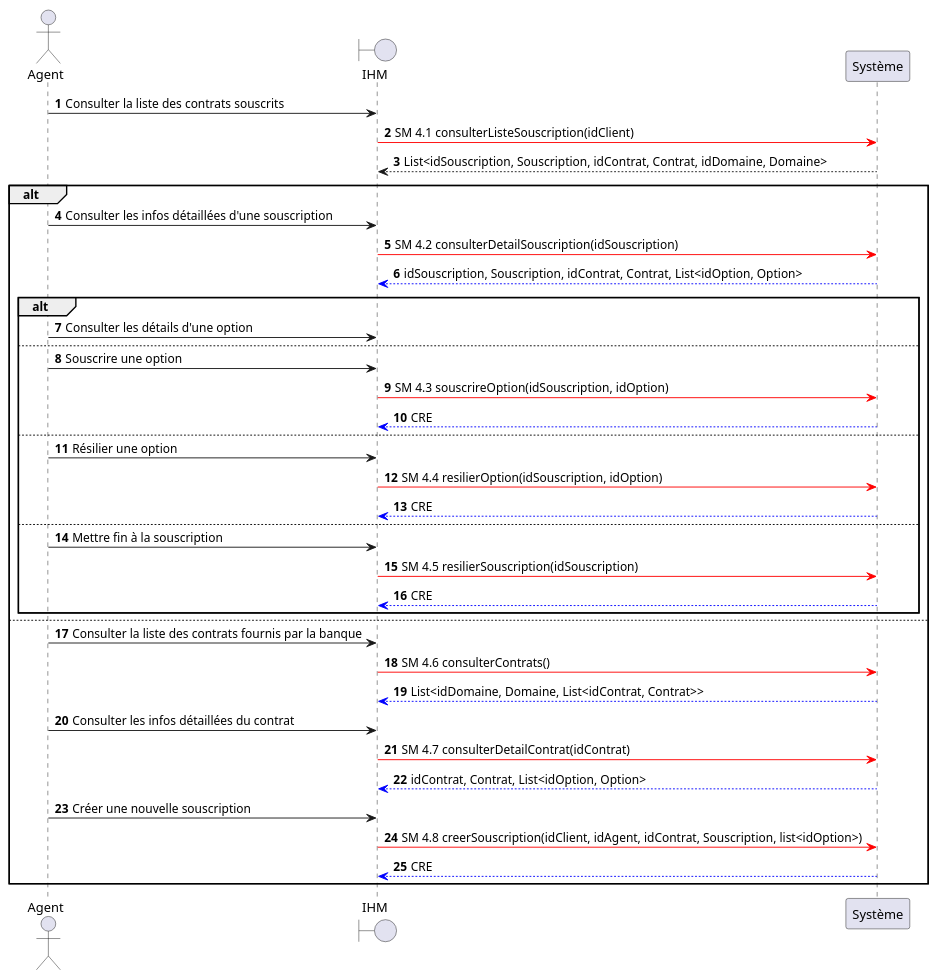
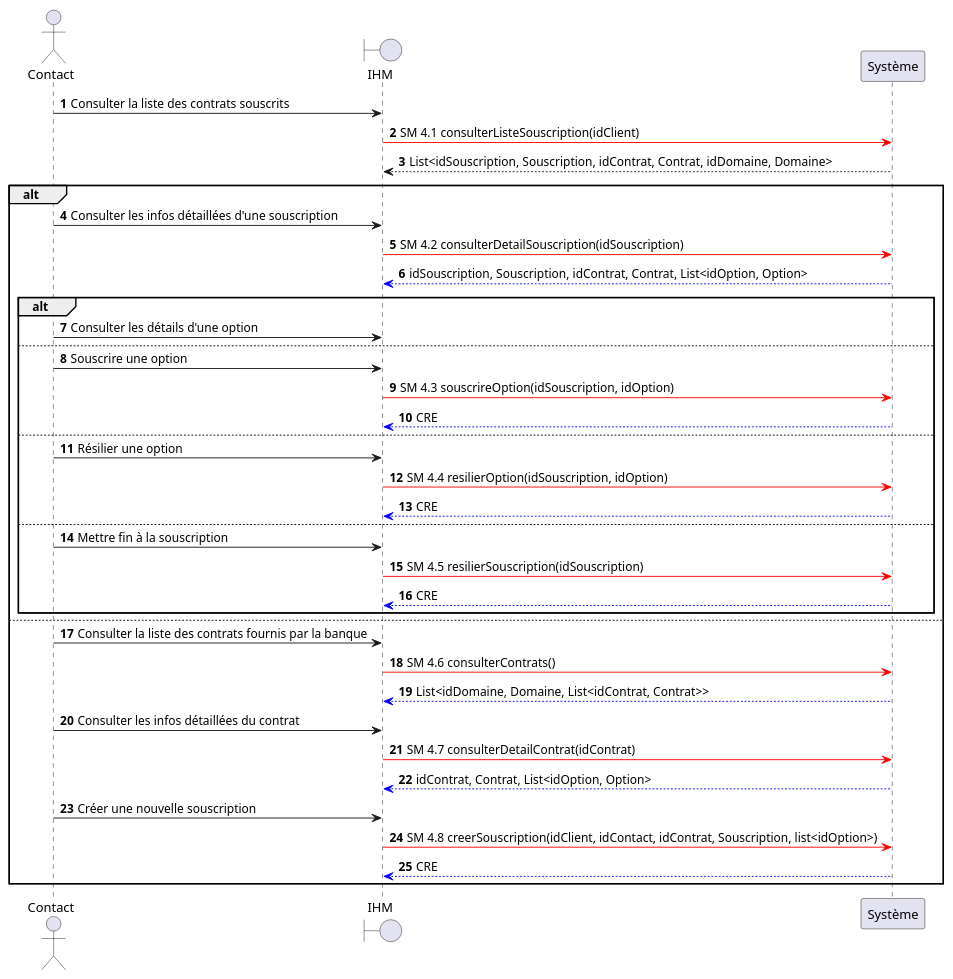
Before and after one commit to HZjiadong/PLD-MARS: the diagram in src/documentation/CU4_DSS.puml, drawn with PlantUML.

```diff
--- a/src/documentation/CU4_DSS.puml
+++ b/src/documentation/CU4_DSS.puml
@@ -1,41 +1,41 @@
 @startuml
-actor Agent
+actor Contact
 boundary IHM
 autonumber
-Agent -> IHM : Consulter la liste des contrats souscrits
+Contact -> IHM : Consulter la liste des contrats souscrits
 IHM -[#red]> Système : SM 4.1 consulterListeSouscription(idClient)
 Système --> IHM : List<idSouscription, Souscription, idContrat, Contrat, idDomaine, Domaine>
 
 alt
-    Agent -> IHM : Consulter les infos détaillées d'une souscription
+    Contact -> IHM : Consulter les infos détaillées d'une souscription
     IHM -[#red]> Système : SM 4.2 consulterDetailSouscription(idSouscription)
     Système -[#0000FF]-> IHM : idSouscription, Souscription, idContrat, Contrat, List<idOption, Option>
     alt
-    Agent -> IHM : Consulter les détails d'une option
+    Contact -> IHM : Consulter les détails d'une option
     else
-    Agent -> IHM : Souscrire une option
+    Contact -> IHM : Souscrire une option
     IHM -[#red]> Système : SM 4.3 souscrireOption(idSouscription, idOption)
     Système -[#0000FF]-> IHM : CRE
     else
-    Agent -> IHM : Résilier une option
+    Contact -> IHM : Résilier une option
     IHM -[#red]> Système : SM 4.4 resilierOption(idSouscription, idOption)
     Système -[#0000FF]-> IHM : CRE
     else
-    Agent -> IHM : Mettre fin à la souscription
+    Contact -> IHM : Mettre fin à la souscription
     IHM -[#red]> Système : SM 4.5 resilierSouscription(idSouscription)
     Système -[#0000FF]-> IHM : CRE
     end
 else
-    Agent -> IHM : Consulter la liste des contrats fournis par la banque
+    Contact -> IHM : Consulter la liste des contrats fournis par la banque
     IHM -[#red]> Système : SM 4.6 consulterContrats()
     Système -[#0000FF]-> IHM : List<idDomaine, Domaine, List<idContrat, Contrat>>
 
-    Agent -> IHM : Consulter les infos détaillées du contrat
+    Contact -> IHM : Consulter les infos détaillées du contrat
     IHM -[#red]> Système : SM 4.7 consulterDetailContrat(idContrat)
     Système -[#0000FF]-> IHM : idContrat, Contrat, List<idOption, Option>
 
-    Agent -> IHM : Créer une nouvelle souscription
-    IHM -[#red]> Système : SM 4.8 creerSouscription(idClient, idAgent, idContrat, Souscription, list<idOption>)
+    Contact -> IHM : Créer une nouvelle souscription
+    IHM -[#red]> Système : SM 4.8 creerSouscription(idClient, idContact, idContrat, Souscription, list<idOption>)
     Système -[#0000FF]-> IHM : CRE
 end
 @enduml
```
